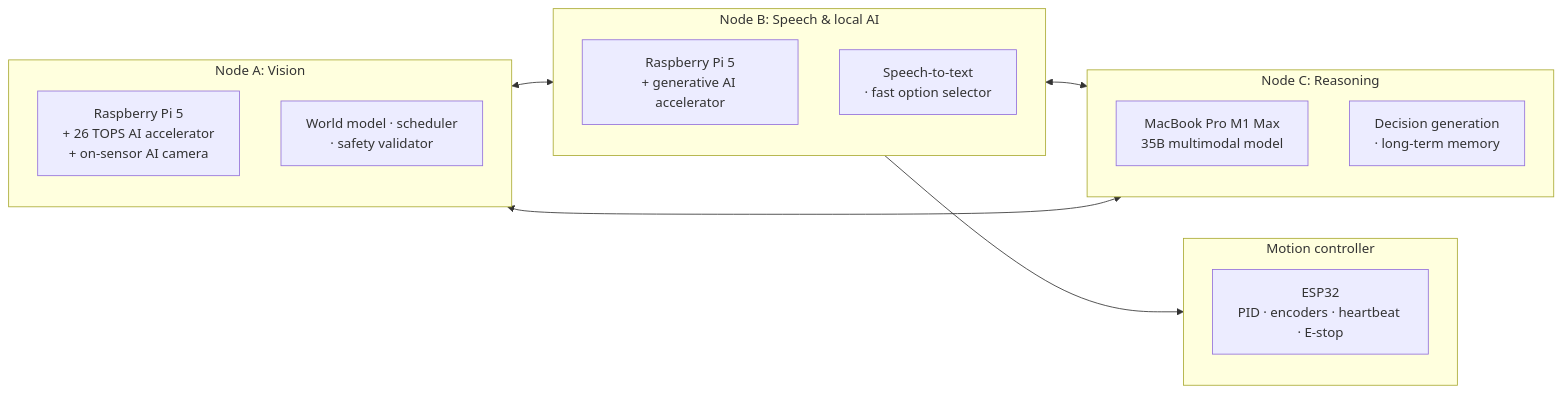
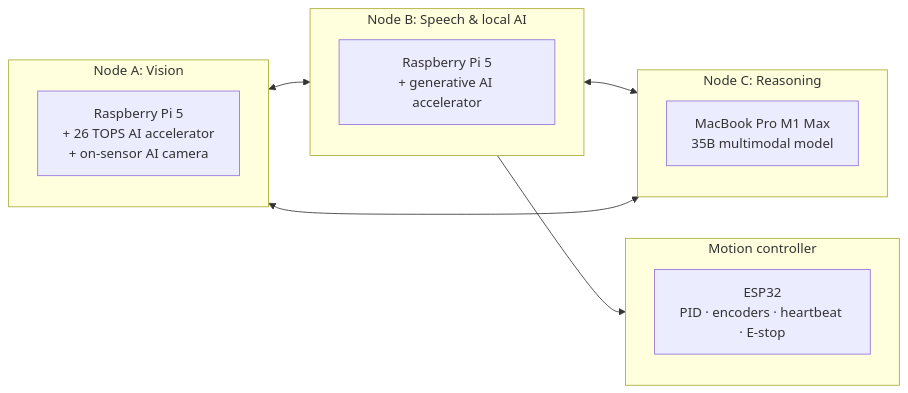
Before and after one commit to nicholasueki/sparc: the diagram in README.md, drawn with Mermaid. The commit also changed other lines of this file and 1 other file, not shown here.

````diff
--- a/README.md
+++ b/README.md
@@ -48,22 +13,19 @@
 ```mermaid
 flowchart LR
     subgraph A["Node A: Vision"]
         A1["Raspberry Pi 5<br/>+ 26 TOPS AI accelerator<br/>+ on-sensor AI camera"]
-        A2["World model · scheduler<br/>· safety validator"]
     end
     subgraph B["Node B: Speech & local AI"]
         B1["Raspberry Pi 5<br/>+ generative AI accelerator"]
-        B2["Speech-to-text<br/>· fast option selector"]
     end
     subgraph C["Node C: Reasoning"]
         C1["MacBook Pro M1 Max<br/>35B multimodal model"]
-        C2["Decision generation<br/>· long-term memory"]
     end
     subgraph M["Motion controller"]
         M1["ESP32<br/>PID · encoders · heartbeat · E-stop"]
     end
     A <--> B
     B <--> C
     A <--> C
     B --> M
 ```
````
